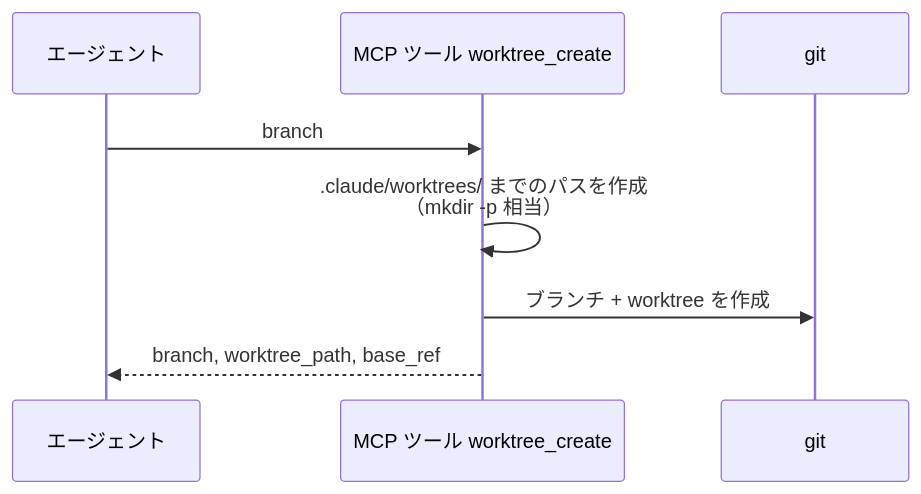
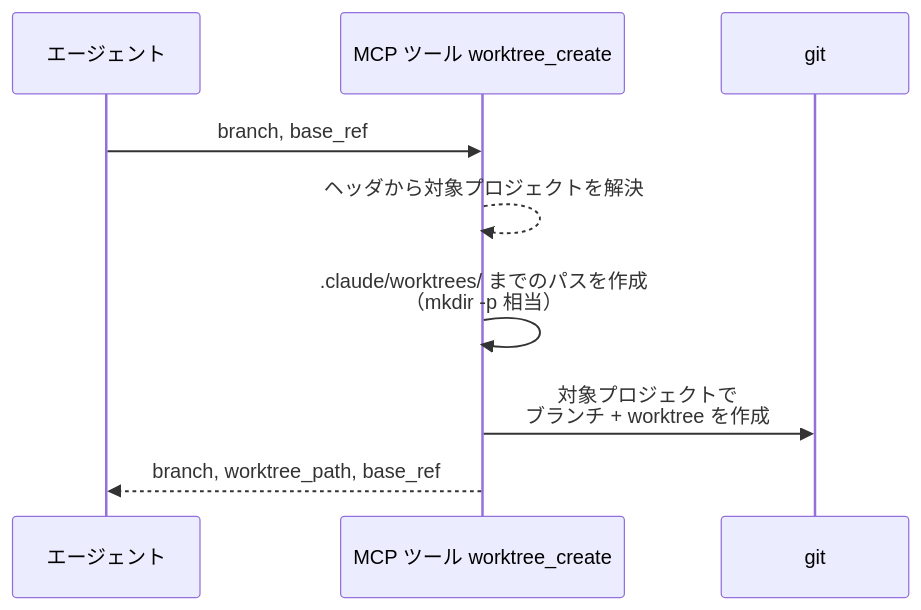
Before and after one commit to shuhei1101/ai-monitor: the second of 4 diagrams in docs/wiki/設計図/バックエンド結合/worktree作成.py.md, drawn with Mermaid. The commit also changed other lines of this file and 12 other files, not shown here.

````diff
--- a/docs/wiki/設計図/バックエンド結合/worktree作成.py.md
+++ b/docs/wiki/設計図/バックエンド結合/worktree作成.py.md
@@ -101,11 +113,12 @@
 ```mermaid
 sequenceDiagram
   participant A as エージェント
   participant T as MCP ツール worktree_create
   participant G as git
 
-  A->>T: branch
+  A->>T: branch, base_ref
+  T-->>T: ヘッダから対象プロジェクトを解決
   T->>T: .claude/worktrees/ までのパスを作成<br>（mkdir -p 相当）
-  T->>G: ブランチ + worktree を作成
+  T->>G: 対象プロジェクトで<br>ブランチ + worktree を作成
   T-->>A: branch, worktree_path, base_ref
 ```
````
